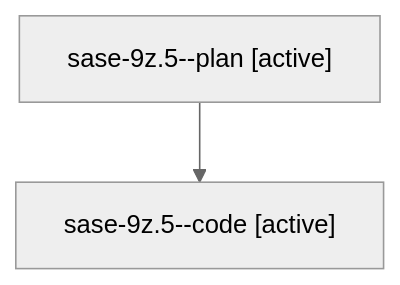
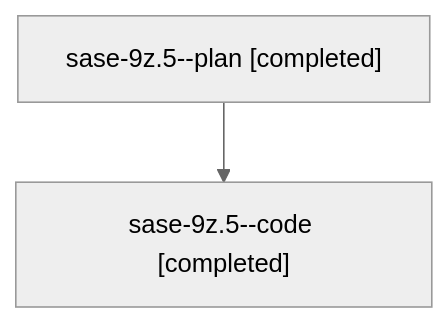
Before and after one commit to sase-org/sase--agents: the diagram in families/bbugyi200.athena.sase-9z.5.md, drawn with Mermaid (neutral theme). The commit also changed other lines of this file and 22 other files, not shown here.

````diff
--- a/families/bbugyi200.athena.sase-9z.5.md
+++ b/families/bbugyi200.athena.sase-9z.5.md
@@ -7,6 +7,6 @@
 ```mermaid
 flowchart TD
-  n0["sase-9z.5--plan [active]"]
-  n1["sase-9z.5--code [active]"]
+  n0["sase-9z.5--plan [completed]"]
+  n1["sase-9z.5--code [completed]"]
   n0 --> n1
 ```
````
